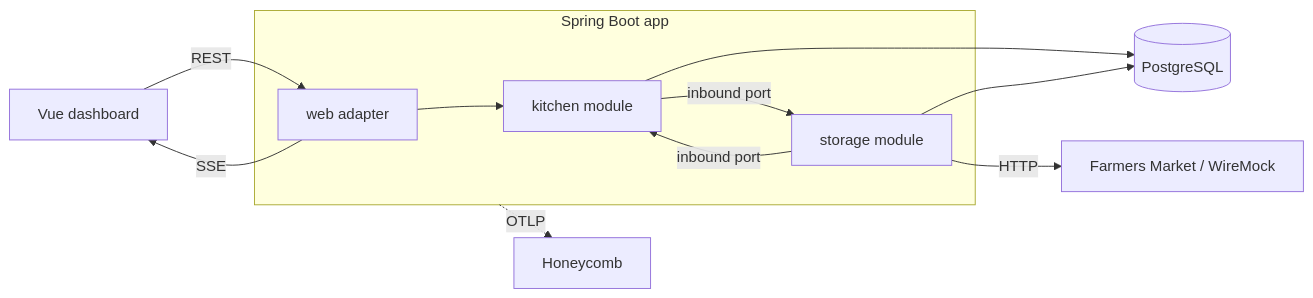
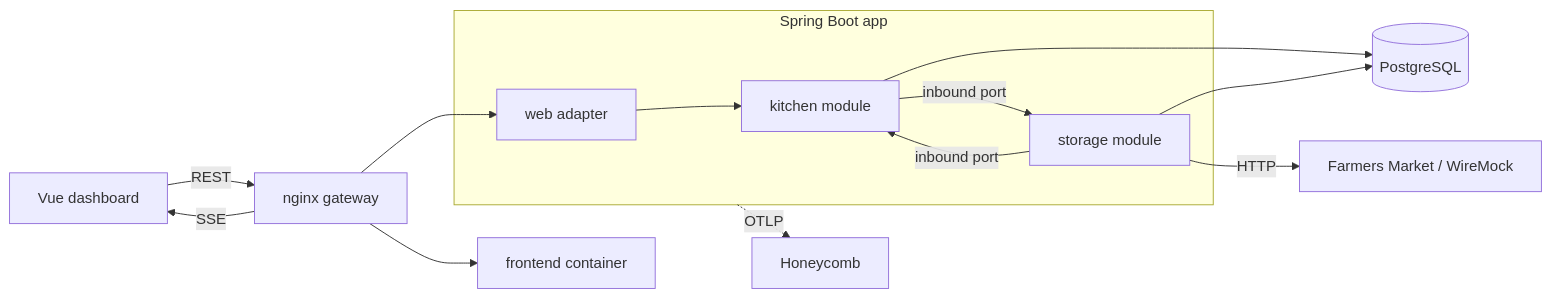
The first of 4 diagrams in docs/rfc/0001-food4good-architecture.md (rubenpad/food4good), drawn with Mermaid before and after one commit. The commit also changed other lines of this file and 4 other files, not shown here.

First line of the commit message:
build(infra): add an nginx gateway as the entry point

````diff
--- a/docs/rfc/0001-food4good-architecture.md
+++ b/docs/rfc/0001-food4good-architecture.md
@@ -29,16 +29,18 @@
 ```mermaid
 flowchart LR
-  UI[Vue dashboard] -- REST --> API
-  API -- SSE --> UI
+  UI[Vue dashboard] -- REST --> GW[nginx gateway]
+  GW -- SSE --> UI
+  GW --> API
+  GW --> FE[frontend container]
   subgraph App[Spring Boot app]
     API[web adapter]
     K[kitchen module]
     S[storage module]
     API --> K
     K -- inbound port --> S
     S -- inbound port --> K
   end
   K & S --> DB[(PostgreSQL)]
   S -- HTTP --> FM[Farmers Market / WireMock]
   App -. OTLP .-> HC[Honeycomb]
 ```
````
